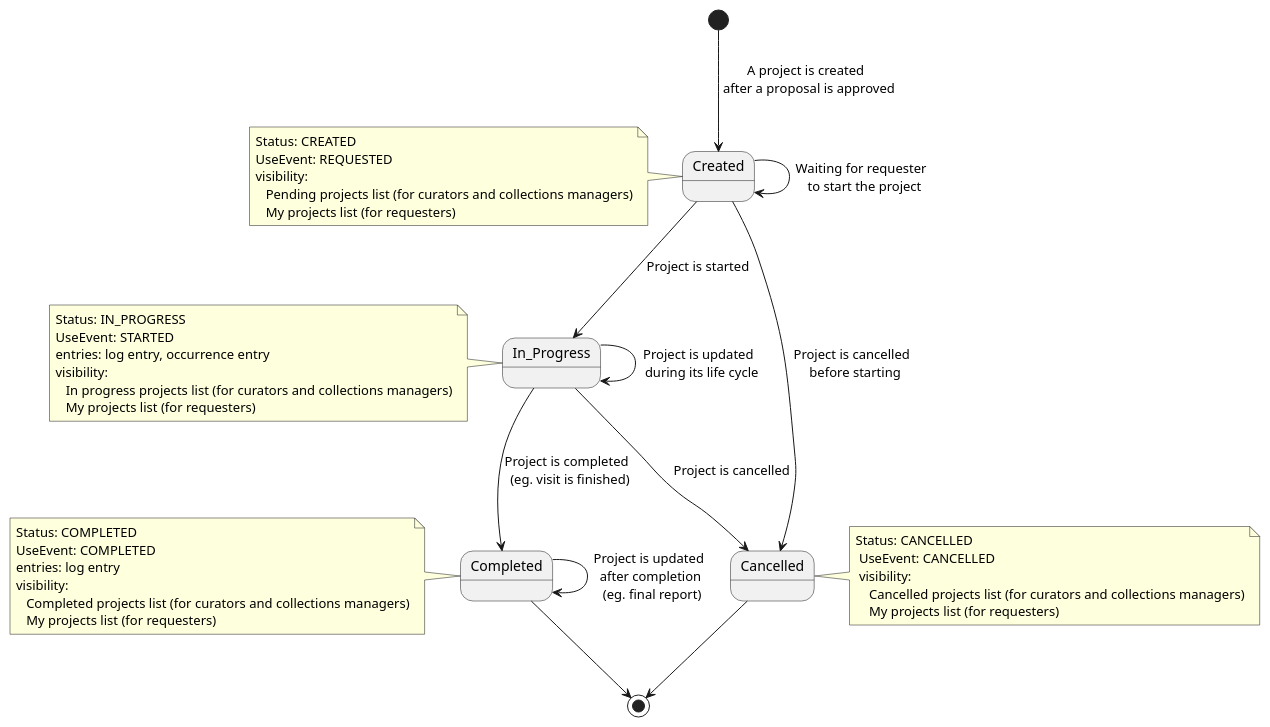
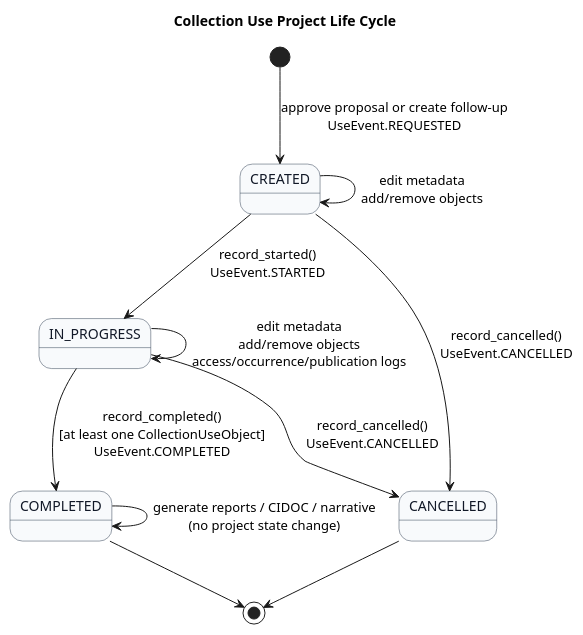
The diagram in docs/diagrams/use-of-collections-life-cicle.puml (marcosduchinski/vitarerum), drawn with PlantUML before and after one commit. The commit also changed 22 other files, not shown here.

```diff
--- a/docs/diagrams/use-of-collections-life-cicle.puml
+++ b/docs/diagrams/use-of-collections-life-cicle.puml
@@ -1,43 +1,34 @@
-@startuml
+@startuml use-of-collections-life-cycle
+title Collection Use Project Life Cycle
 
-  [*] --> Created : A project is created \n after a proposal is approved
-  note left of Created
-     Status: CREATED
-     UseEvent: REQUESTED
-     visibility:
-        Pending projects list (for curators and collections managers)
-        My projects list (for requesters)
-  end note
-  Created --> Created :Waiting for requester \n to start the project
-  Created --> Cancelled : Project is cancelled \n before starting
-  Created --> In_Progress : Project is started
-  In_Progress --> In_Progress : Project is updated \n during its life cycle
-   note left of In_Progress
-       Status: IN_PROGRESS
-       UseEvent: STARTED
-       entries: log entry, occurrence entry
-       visibility:
-          In progress projects list (for curators and collections managers)
-          My projects list (for requesters)
-    end note
-  In_Progress --> Completed : Project is completed \n (eg. visit is finished)
-  Completed --> Completed : Project is updated \n after completion \n (eg. final report)
-   note left of Completed
-          Status: COMPLETED
-          UseEvent: COMPLETED
-          entries: log entry
-          visibility:
-             Completed projects list (for curators and collections managers)
-             My projects list (for requesters)
-       end note
-  In_Progress --> Cancelled :Project is cancelled
-  Cancelled --> [*]
-  note right of Cancelled
-         Status: CANCELLED
-          UseEvent: CANCELLED
-          visibility:
-             Cancelled projects list (for curators and collections managers)
-             My projects list (for requesters)
-      end note
-   Completed --> [*]
+skinparam shadowing false
+skinparam state {
+  BackgroundColor #F8FAFC
+  BorderColor #334155
+  FontColor #111827
+}
+skinparam note {
+  BackgroundColor #FFFBEB
+  BorderColor #B45309
+}
+
+[*] --> Created : approve proposal or create follow-up\nUseEvent.REQUESTED
+
+state "CREATED" as Created
+state "IN_PROGRESS" as InProgress
+state "COMPLETED" as Completed
+state "CANCELLED" as Cancelled
+
+Created --> Created : edit metadata\nadd/remove objects
+Created --> InProgress : record_started()\nUseEvent.STARTED
+Created --> Cancelled : record_cancelled()\nUseEvent.CANCELLED
+
+InProgress --> InProgress : edit metadata\nadd/remove objects\naccess/occurrence/publication logs
+InProgress --> Completed : record_completed()\n[at least one CollectionUseObject]\nUseEvent.COMPLETED
+InProgress --> Cancelled : record_cancelled()\nUseEvent.CANCELLED
+
+Completed --> Completed : generate reports / CIDOC / narrative\n(no project state change)
+Completed --> [*]
+Cancelled --> [*]
+
 @enduml
```
